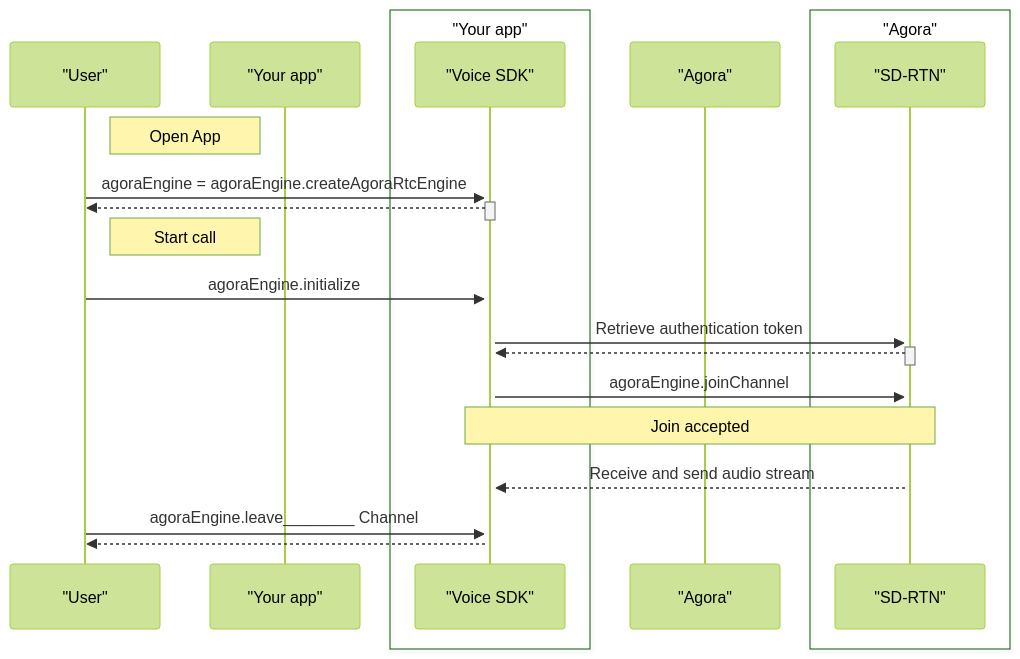
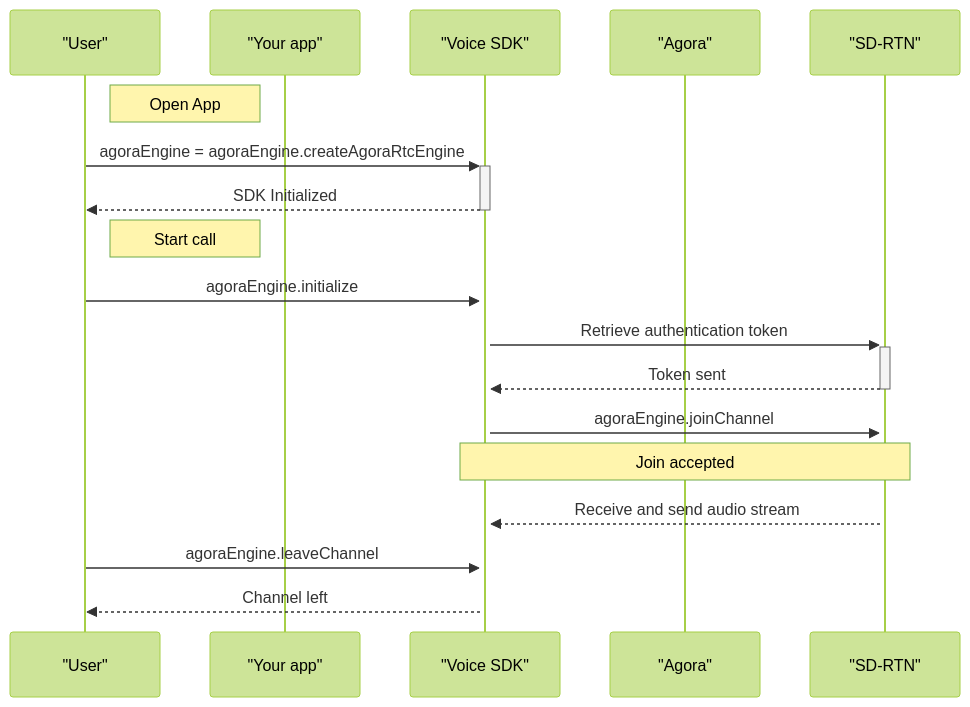
The diagram in mermaid-md-openai/voice-sdk/voice-call-logic-electron.md (digitallysavvy/Docs-Diagram-Images), drawn with Mermaid (forest theme) before and after one commit. The commit also changed 15 other files, not shown here.

Commit message:
updated text and diagrams

````diff
--- a/mermaid-md-openai/voice-sdk/voice-call-logic-electron.md
+++ b/mermaid-md-openai/voice-sdk/voice-call-logic-electron.md
@@ -3,25 +3,21 @@
 ```mermaid
 sequenceDiagram
     participant User as "User"
     participant App as "Your app"
-    box "Your app"
-        participant SDK as "Voice SDK"
-    end
+    participant SDK as "Voice SDK"
     participant Agora as "Agora"
-    box "Agora"
-        participant SDRTN as "SD-RTN"
-    end
+    participant SDRTN as "SD-RTN"
 
     Note right of User: Open App
     User ->>+ SDK: agoraEngine = agoraEngine.createAgoraRtcEngine
-    SDK -->>- User: 
+    SDK -->>- User: SDK Initialized
     Note right of User: Start call
     User ->>+ SDK: agoraEngine.initialize
     SDK ->>+ SDRTN: Retrieve authentication token
-    SDRTN -->>- SDK: 
+    SDRTN -->>- SDK: Token sent
     SDK ->>+ SDRTN: agoraEngine.joinChannel
     Note over SDRTN, SDK: Join accepted
     SDRTN -->> SDK: Receive and send audio stream
-    User ->> SDK: agoraEngine.leave________ Channel
-    SDK -->> User:
+    User ->> SDK: agoraEngine.leaveChannel
+    SDK -->> User: Channel left
 ```
````
